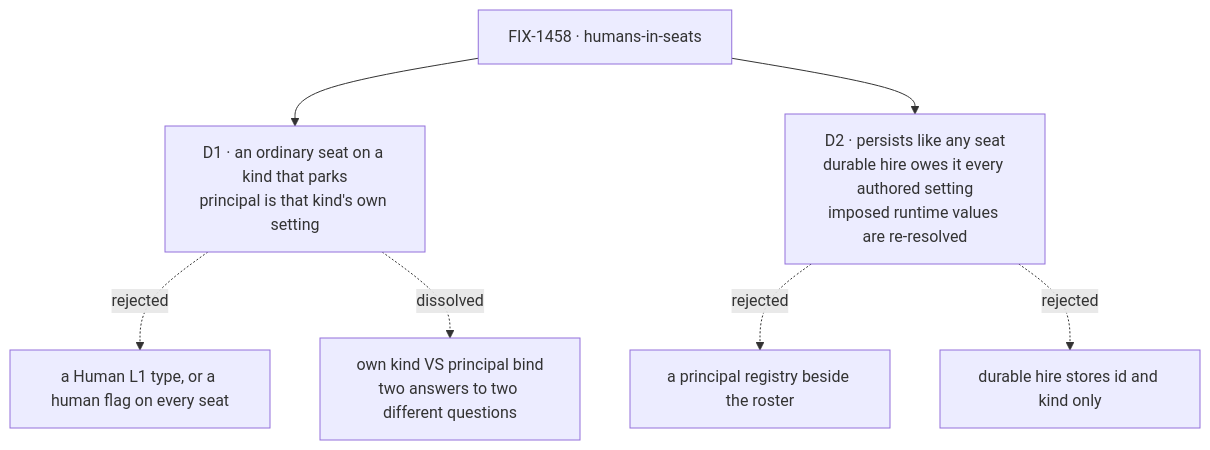
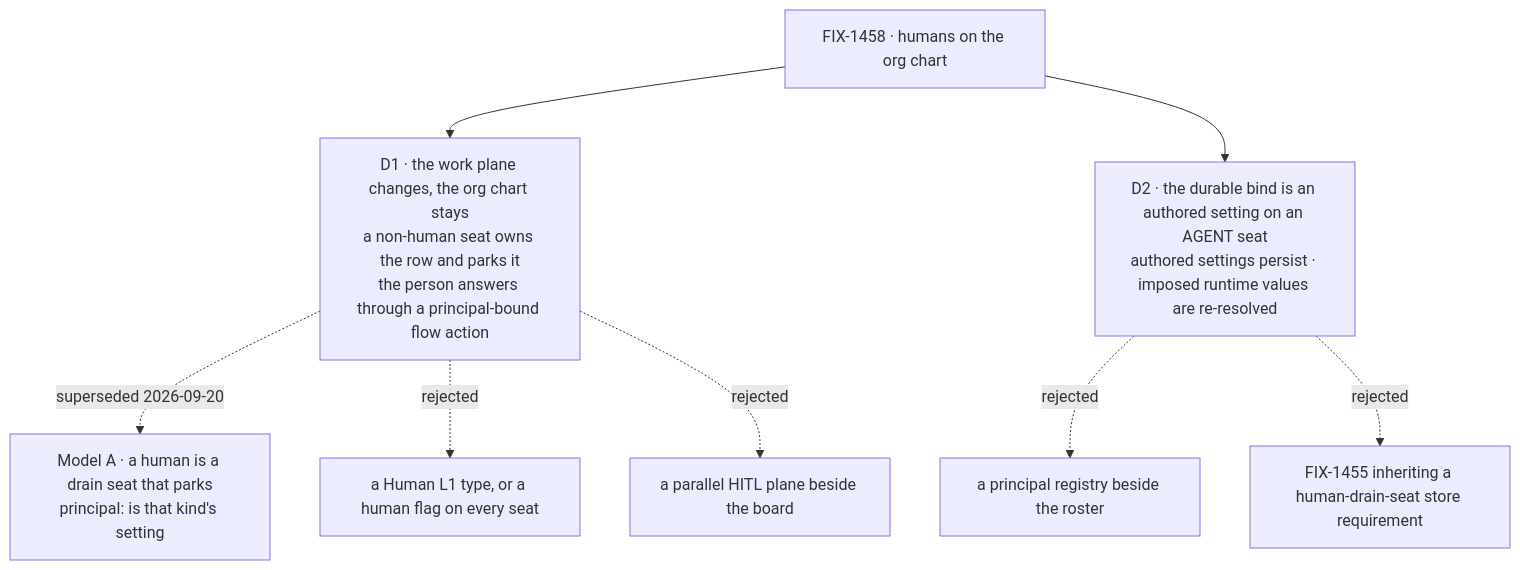
One commit to fixpoint-labs/flow-state-dev changed the diagram in spec/FIX-1458/DECISIONS.md. Above: the diagram before and after it, drawn with Mermaid. The commit also changed other lines of this file and 19 other files, not shown here.

````diff
--- a/spec/FIX-1458/DECISIONS.md
+++ b/spec/FIX-1458/DECISIONS.md
@@ -12,9 +19,10 @@
 ```mermaid
 flowchart TD
-  I["FIX-1458 · humans-in-seats"] --> D1["D1 · an ordinary seat on a kind that parks<br/>principal is that kind's own setting"]
+  I["FIX-1458 · humans on the org chart"] --> D1["D1 · the work plane changes, the org chart stays<br/>a non-human seat owns the row and parks it<br/>the person answers through a principal-bound flow action"]
+  D1 -.->|"superseded 2026-09-20"| XA["Model A · a human is a drain seat that parks<br/>principal: is that kind's setting"]
   D1 -.->|"rejected"| X1["a Human L1 type, or a human flag on every seat"]
-  D1 -.->|"dissolved"| X2["own kind VS principal bind<br/>two answers to two different questions"]
-  I --> D2["D2 · persists like any seat<br/>durable hire owes it every authored setting<br/>imposed runtime values are re-resolved"]
+  D1 -.->|"rejected"| X2["a parallel HITL plane beside the board"]
+  I --> D2["D2 · the durable bind is an authored setting on an AGENT seat<br/>authored settings persist · imposed runtime values are re-resolved"]
   D2 -.->|"rejected"| X3["a principal registry beside the roster"]
-  D2 -.->|"rejected"| X4["durable hire stores id and kind only"]
+  D2 -.->|"rejected"| X4["FIX-1455 inheriting a human-drain-seat store requirement"]
 ```
````
